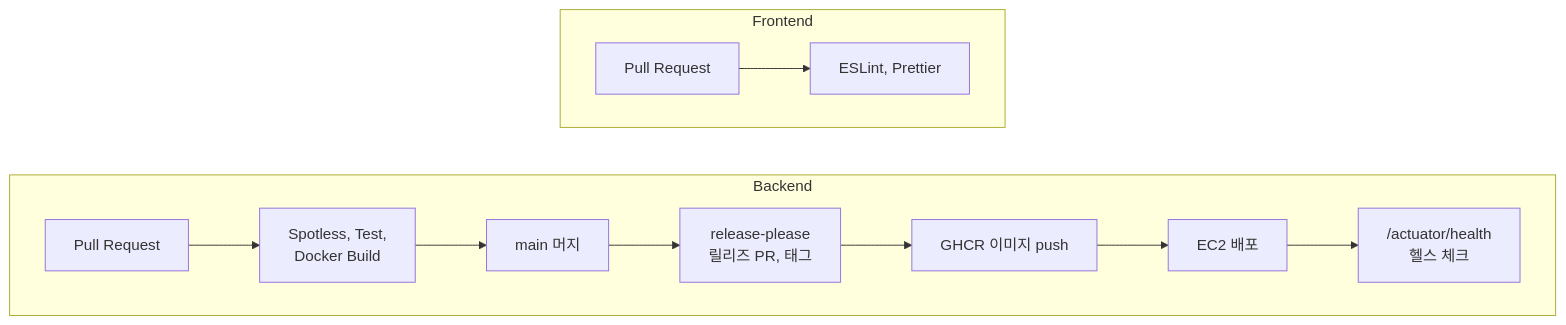
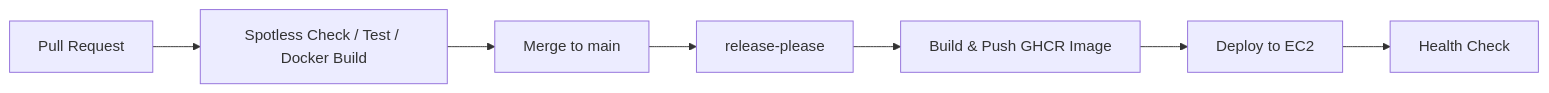
The third of 3 diagrams in README.md (hyunolike/5959), drawn with Mermaid before and after one commit. The commit also changed other lines of this file and 471 other files, not shown here.

````diff
--- a/README.md
+++ b/README.md
@@ -185,17 +97,9 @@
 ```mermaid
 flowchart LR
-    subgraph BE["Backend"]
-        direction LR
-        BPR["Pull Request"] --> BCI["Spotless, Test,<br/>Docker Build"]
-        BCI --> BMain["main 머지"]
-        BMain --> RP["release-please<br/>릴리즈 PR, 태그"]
-        RP --> GHCR["GHCR 이미지 push"]
-        GHCR --> Deploy["EC2 배포"]
-        Deploy --> Health["/actuator/health<br/>헬스 체크"]
-    end
-
-    subgraph FEP["Frontend"]
-        direction LR
-        FPR["Pull Request"] --> FCI["ESLint, Prettier"]
-    end
+    PR[Pull Request] --> CI[Spotless Check / Test / Docker Build]
+    CI --> Main[Merge to main]
+    Main --> Release[release-please]
+    Release --> Image[Build & Push GHCR Image]
+    Image --> Deploy[Deploy to EC2]
+    Deploy --> Check[Health Check]
 ```
````
